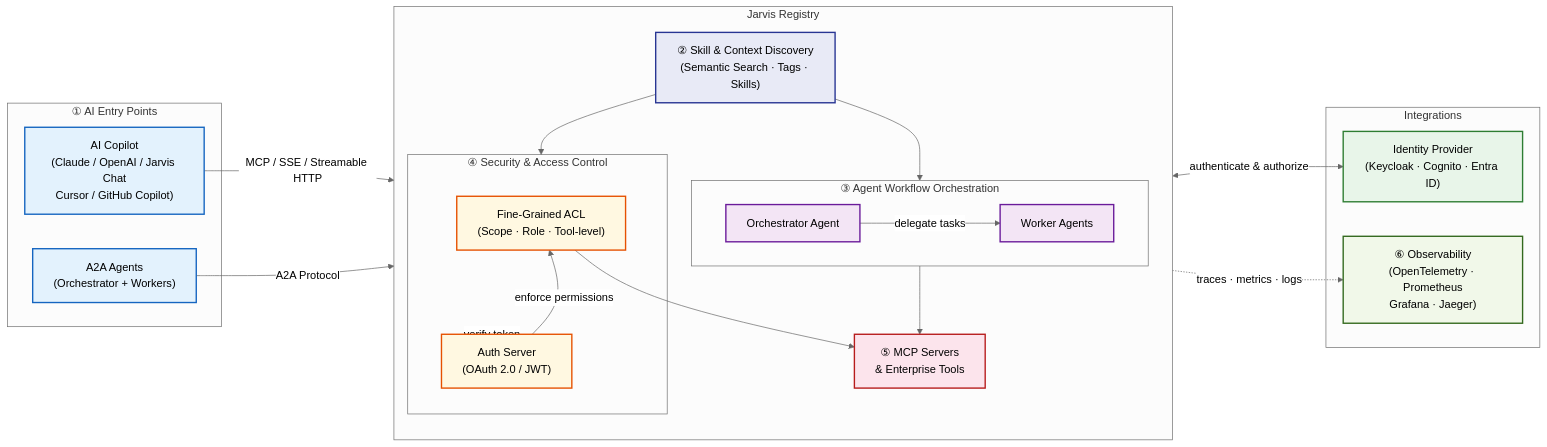
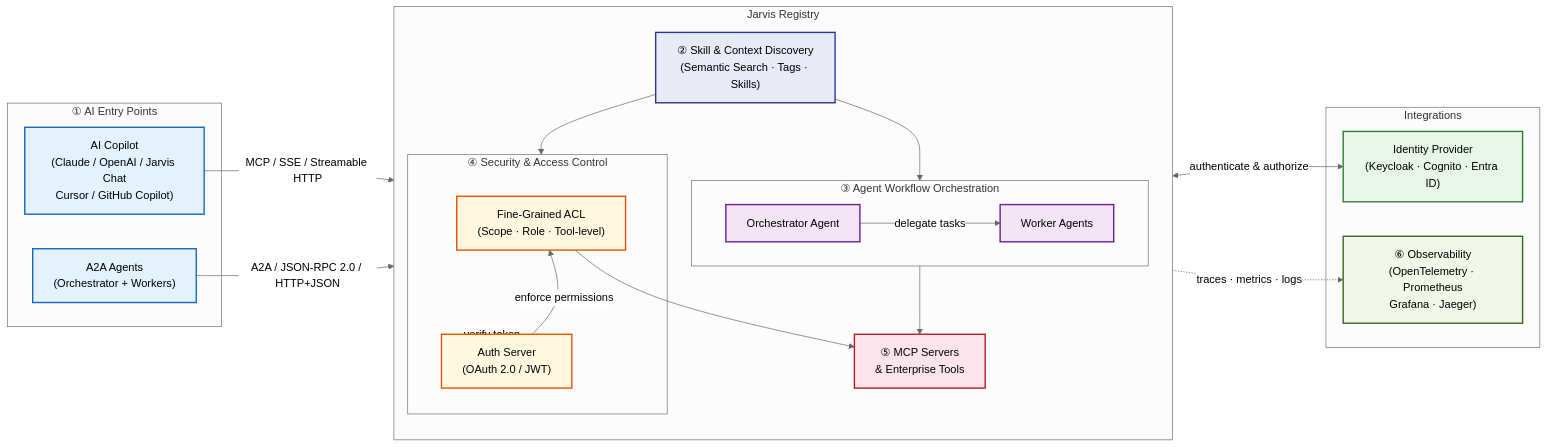
The diagram in docs/index.md (ascending-llc/jarvis-registry), drawn with Mermaid (neutral theme) before and after one commit. The commit also changed other lines of this file and 1 other file, not shown here.

````diff
--- a/docs/index.md
+++ b/docs/index.md
@@ -48,62 +48,62 @@
 ```mermaid
 flowchart LR
     subgraph Clients["① AI Entry Points"]
         Copilot["AI Copilot\n(Claude / OpenAI / Jarvis Chat\nCursor / GitHub Copilot)"]
         A2AAgent["A2A Agents\n(Orchestrator + Workers)"]
     end
 
     subgraph JarvisGW["Jarvis Registry"]
         direction TB
 
         Discovery["② Skill & Context Discovery\n(Semantic Search · Tags · Skills)"]
 
         subgraph Workflow["③ Agent Workflow Orchestration"]
             Orch["Orchestrator Agent"]
             Workers["Worker Agents"]
             Orch -->|"delegate tasks"| Workers
         end
 
         subgraph Security["④ Security & Access Control"]
             ACL["Fine-Grained ACL\n(Scope · Role · Tool-level)"]
             AuthSrv["Auth Server\n(OAuth 2.0 / JWT)"]
         end
 
         MCPServers["⑤ MCP Servers\n& Enterprise Tools"]
     end
 
     subgraph External["Integrations"]
         IdP["Identity Provider\n(Keycloak · Cognito · Entra ID)"]
         OTEL["⑥ Observability\n(OpenTelemetry · Prometheus\nGrafana · Jaeger)"]
     end
 
     Copilot -->|"MCP / SSE / Streamable HTTP"| Discovery
-    A2AAgent -->|"A2A Protocol"| Discovery
+    A2AAgent -->|"A2A / JSON-RPC 2.0 / HTTP+JSON"| Discovery
 
     Discovery --> Workflow
     Discovery --> Security
 
     Security -->|"verify token"| AuthSrv
     AuthSrv <-->|"authenticate & authorize"| IdP
     AuthSrv -->|"enforce permissions"| ACL
 
     Workflow --> MCPServers
     ACL --> MCPServers
 
     MCPServers -.->|"traces · metrics · logs"| OTEL
 
     classDef entry fill:#e3f2fd,stroke:#1565c0,stroke-width:2px
     classDef discovery fill:#e8eaf6,stroke:#283593,stroke-width:2px
     classDef workflow fill:#f3e5f5,stroke:#6a1b9a,stroke-width:2px
     classDef security fill:#fff8e1,stroke:#e65100,stroke-width:2px
     classDef mcp fill:#fce4ec,stroke:#b71c1c,stroke-width:2px
     classDef idp fill:#e8f5e9,stroke:#2e7d32,stroke-width:2px
     classDef otel fill:#f1f8e9,stroke:#33691e,stroke-width:2px
 
     class Copilot,A2AAgent entry
     class Discovery discovery
     class Orch,Workers workflow
     class ACL,AuthSrv security
     class MCPServers mcp
     class IdP idp
     class OTEL otel
 ```
````
